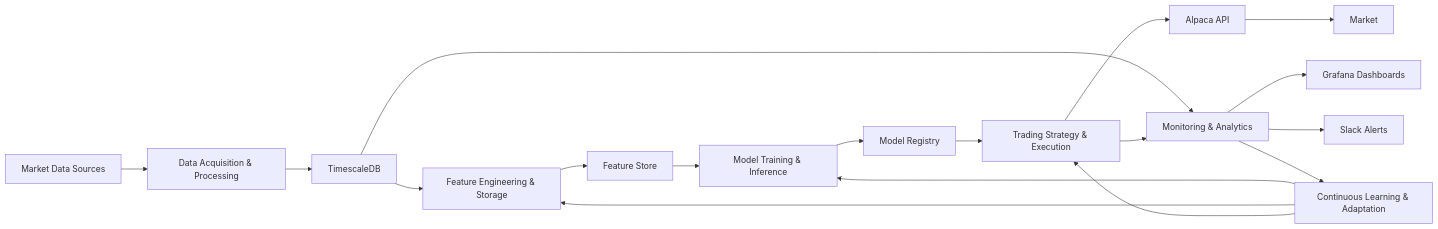
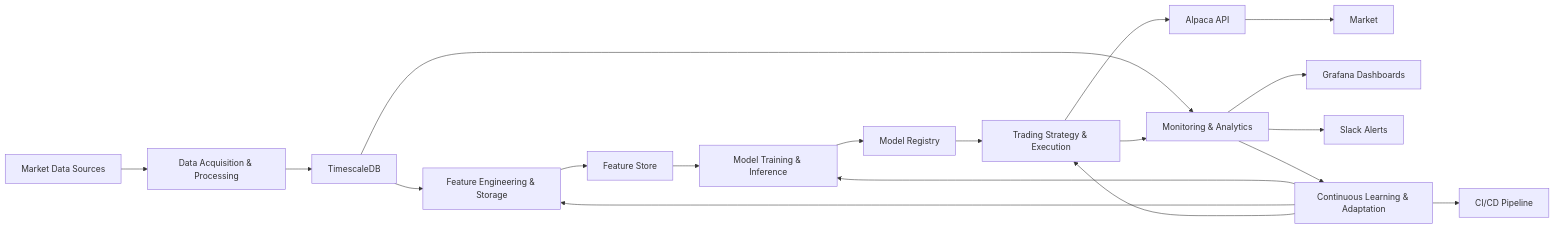
One commit to Slusheeking/INAVVI_0.0.1 changed the second of 2 diagrams in docs/01_autonomous_trading_system_architecture.md. Above: the diagram before and after it, drawn with Mermaid. The commit also changed other lines of this file and 23 other files, not shown here.

````diff
--- a/docs/01_autonomous_trading_system_architecture.md
+++ b/docs/01_autonomous_trading_system_architecture.md
@@ -177,22 +203,23 @@
 ```mermaid
 flowchart LR
     A[Market Data Sources] --> B[Data Acquisition & Processing]
     B --> C[TimescaleDB]
     C --> D[Feature Engineering & Storage]
     D --> E[Feature Store]
     E --> F[Model Training & Inference]
     F --> G[Model Registry]
     G --> H[Trading Strategy & Execution]
     H --> I[Alpaca API]
     I --> J[Market]
     
     C --> K[Monitoring & Analytics]
     H --> K
     K --> L[Grafana Dashboards]
     K --> M[Slack Alerts]
     
     K --> N[Continuous Learning & Adaptation]
     N --> F
     N --> D
     N --> H
+    N --> Z[CI/CD Pipeline]
 ```
````
